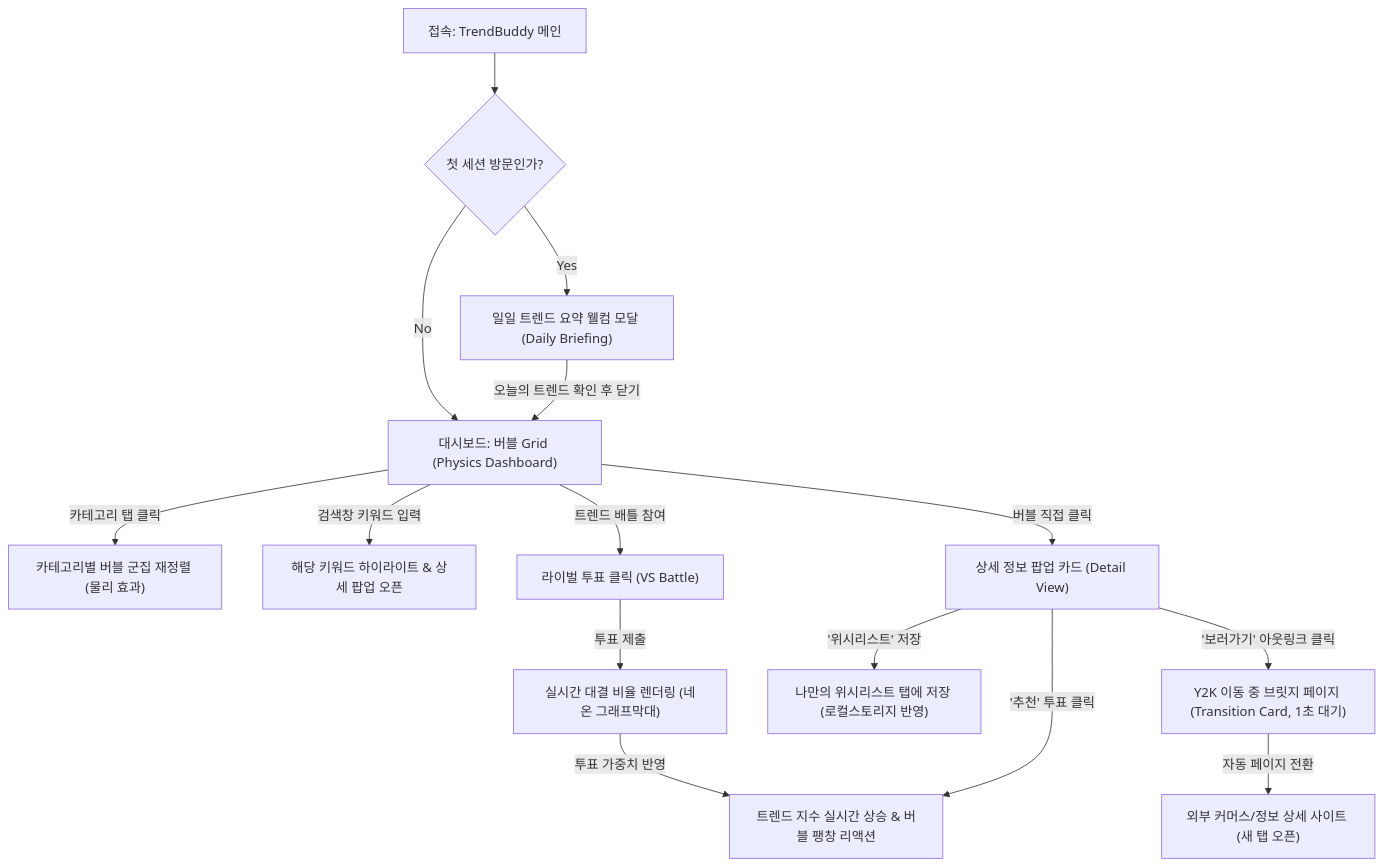
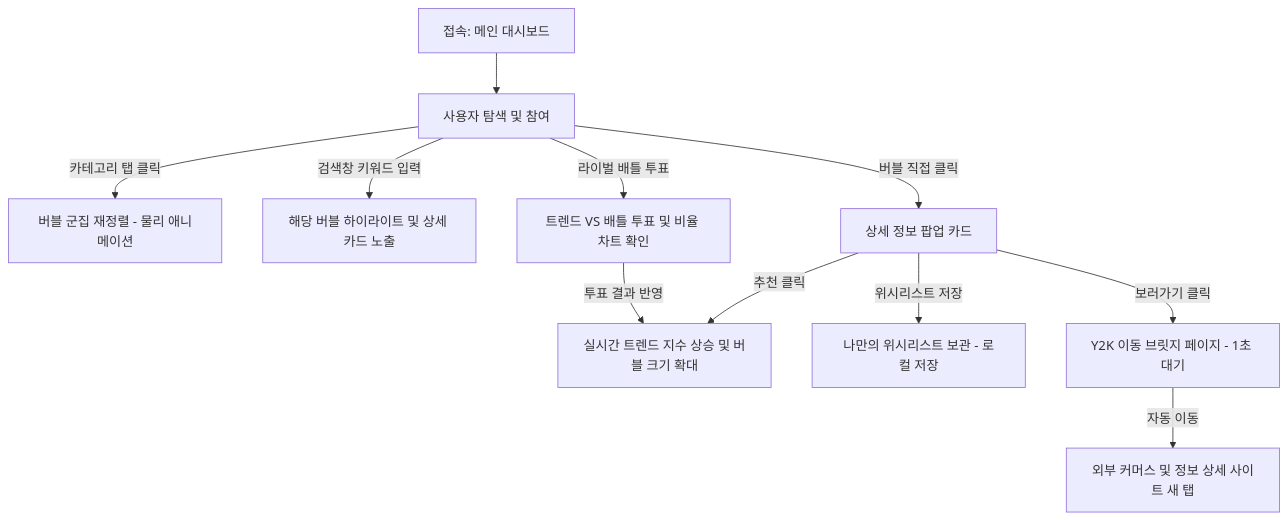
One commit to Qkdgodchl/Trend_application changed the diagram in git_wiki_planning.md. Above: the diagram before and after it, drawn with Mermaid. The commit also changed other lines of this file and 1 other file, not shown here.

Commit message:
readme wiki 기획서 링크 연결

````diff
--- a/git_wiki_planning.md
+++ b/git_wiki_planning.md
@@ -82,20 +82,15 @@
 ```mermaid
 graph TD
-    A["접속: TrendBuddy 메인"] --> B{"첫 세션 방문인가?"}
-    B -- "Yes" --> C["일일 트렌드 요약 웰컴 모달 (Daily Briefing)"]
-    B -- "No" --> D["대시보드: 버블 Grid (Physics Dashboard)"]
-    C -->|오늘의 트렌드 확인 후 닫기| D
+    A["접속: 메인 대시보드"] --> B["사용자 탐색 및 참여"]
     
-    D -->|카테고리 탭 클릭| E["카테고리별 버블 군집 재정렬 (물리 효과)"]
-    D -->|검색창 키워드 입력| F["해당 키워드 하이라이트 & 상세 팝업 오픈"]
-    D -->|버블 직접 클릭| G["상세 정보 팝업 카드 (Detail View)"]
-    D -->|트렌드 배틀 참여| L["라이벌 투표 클릭 (VS Battle)"]
+    B -->|카테고리 탭 클릭| C["버블 군집 재정렬 - 물리 애니메이션"]
+    B -->|검색창 키워드 입력| D["해당 버블 하이라이트 및 상세 카드 노출"]
+    B -->|버블 직접 클릭| E["상세 정보 팝업 카드"]
+    B -->|라이벌 배틀 투표| F["트렌드 VS 배틀 투표 및 비율 차트 확인"]
     
-    L -->|투표 제출| M["실시간 대결 비율 렌더링 (네온 그래프막대)"]
-    M -->|투표 가중치 반영| H["트렌드 지수 실시간 상승 & 버블 팽창 리액션"]
-    
-    G -->|'추천' 투표 클릭| H
-    G -->|'위시리스트' 저장| I["나만의 위시리스트 탭에 저장 (로컬스토리지 반영)"]
-    G -->|'보러가기' 아웃링크 클릭| J["Y2K 이동 중 브릿지 페이지 (Transition Card, 1초 대기)"]
-    J -->|자동 페이지 전환| K["외부 커머스/정보 상세 사이트 (새 탭 오픈)"]
+    F -->|투표 결과 반영| G["실시간 트렌드 지수 상승 및 버블 크기 확대"]
+    E -->|추천 클릭| G
+    E -->|위시리스트 저장| H["나만의 위시리스트 보관 - 로컬 저장"]
+    E -->|보러가기 클릭| I["Y2K 이동 브릿지 페이지 - 1초 대기"]
+    I -->|자동 이동| J["외부 커머스 및 정보 상세 사이트 새 탭"]
 ```
````
